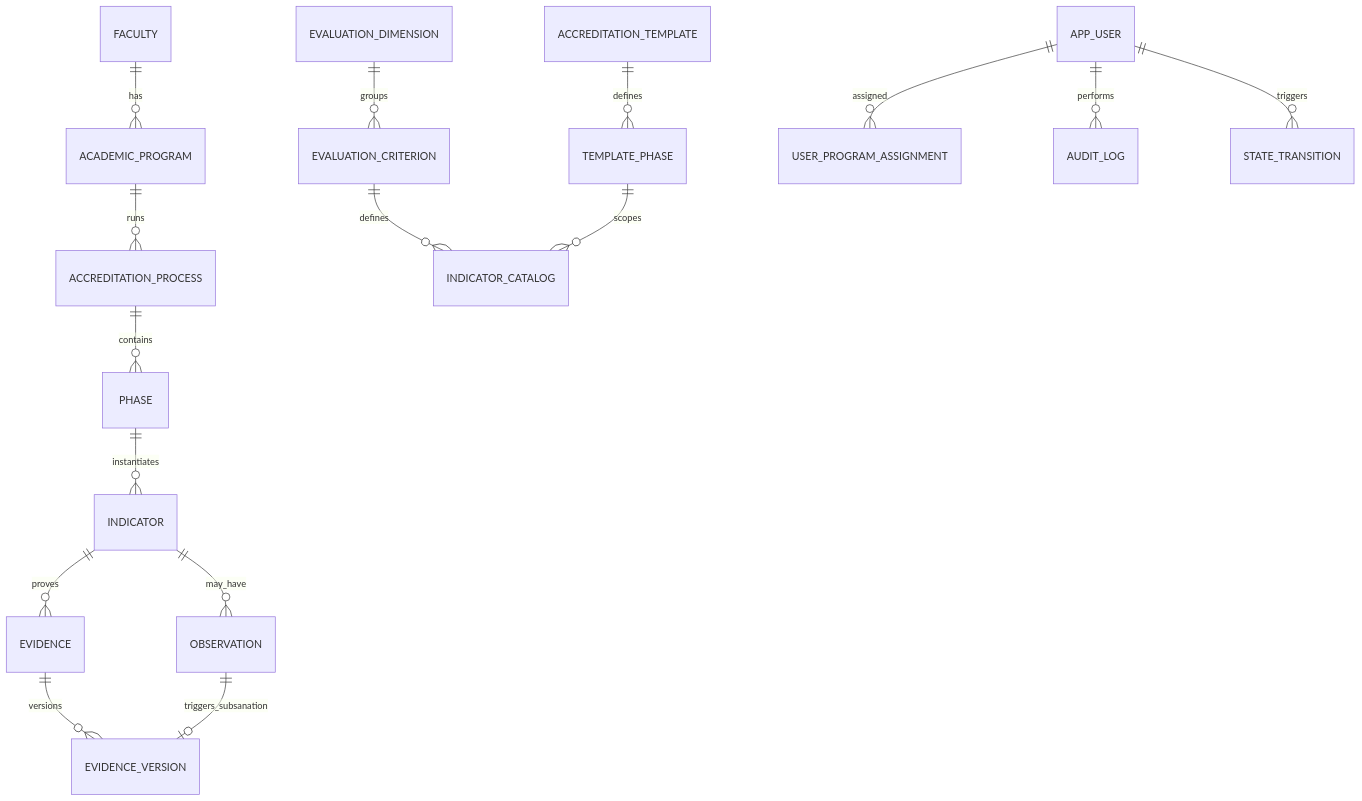
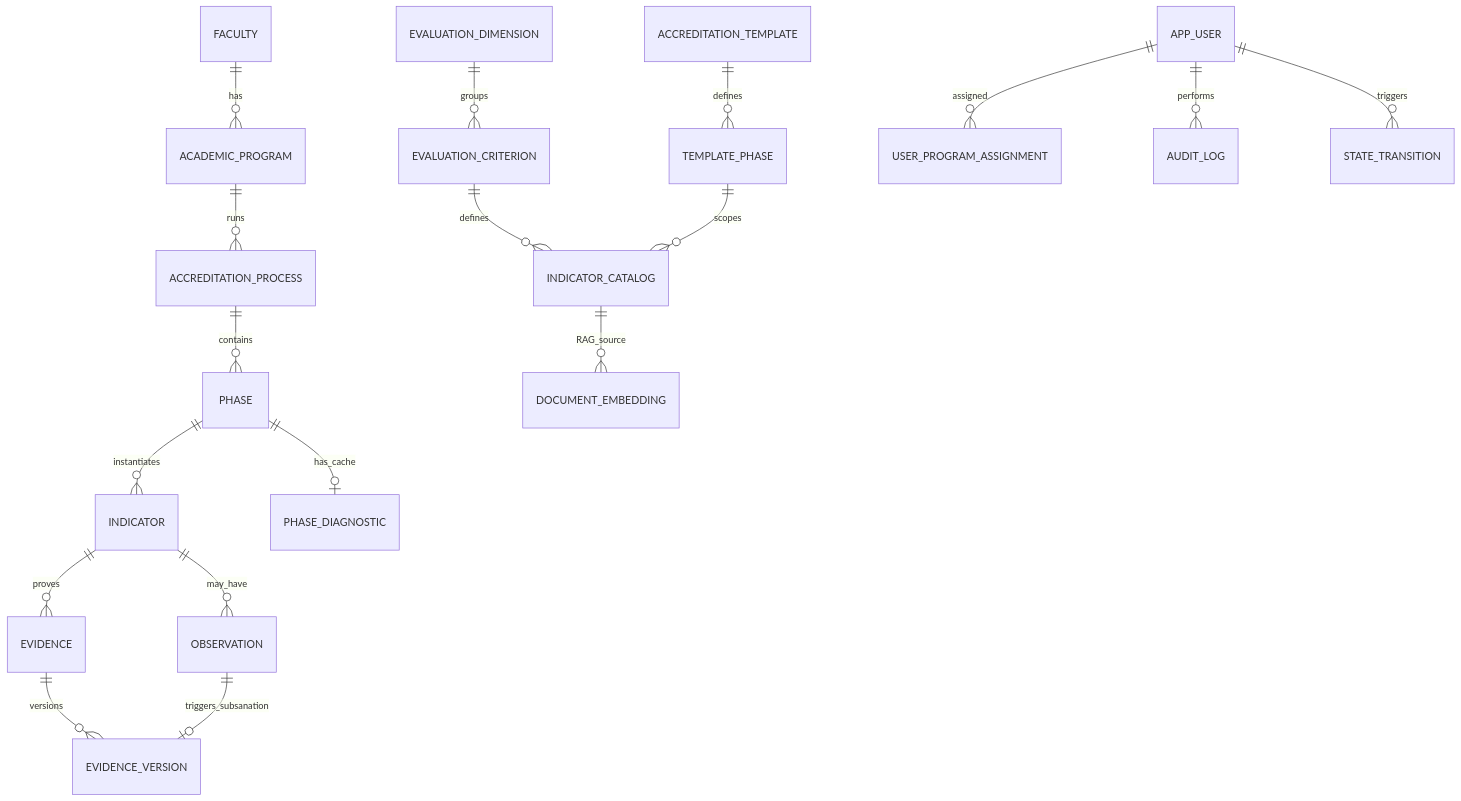
One commit to AcredIA-UMSS/sigesa-acreditacion-umss changed the diagram in docs/product/modelo_datos.md. Above: the diagram before and after it, drawn with Mermaid. The commit also changed other lines of this file and 6 other files, not shown here.

````diff
--- a/docs/product/modelo_datos.md
+++ b/docs/product/modelo_datos.md
@@ -33,18 +33,20 @@
 ```mermaid
 erDiagram
   FACULTY ||--o{ ACADEMIC_PROGRAM : has
   ACADEMIC_PROGRAM ||--o{ ACCREDITATION_PROCESS : runs
   ACCREDITATION_TEMPLATE ||--o{ TEMPLATE_PHASE : defines
   ACCREDITATION_PROCESS ||--o{ PHASE : contains
   EVALUATION_DIMENSION ||--o{ EVALUATION_CRITERION : groups
   EVALUATION_CRITERION ||--o{ INDICATOR_CATALOG : defines
   TEMPLATE_PHASE ||--o{ INDICATOR_CATALOG : scopes
   PHASE ||--o{ INDICATOR : instantiates
+  PHASE ||--o| PHASE_DIAGNOSTIC : has_cache
   INDICATOR ||--o{ EVIDENCE : proves
   EVIDENCE ||--o{ EVIDENCE_VERSION : versions
   INDICATOR ||--o{ OBSERVATION : may_have
   OBSERVATION ||--o| EVIDENCE_VERSION : triggers_subsanation
   APP_USER ||--o{ USER_PROGRAM_ASSIGNMENT : assigned
   APP_USER ||--o{ AUDIT_LOG : performs
   APP_USER ||--o{ STATE_TRANSITION : triggers
+  INDICATOR_CATALOG ||--o{ DOCUMENT_EMBEDDING : RAG_source
 ```
````
